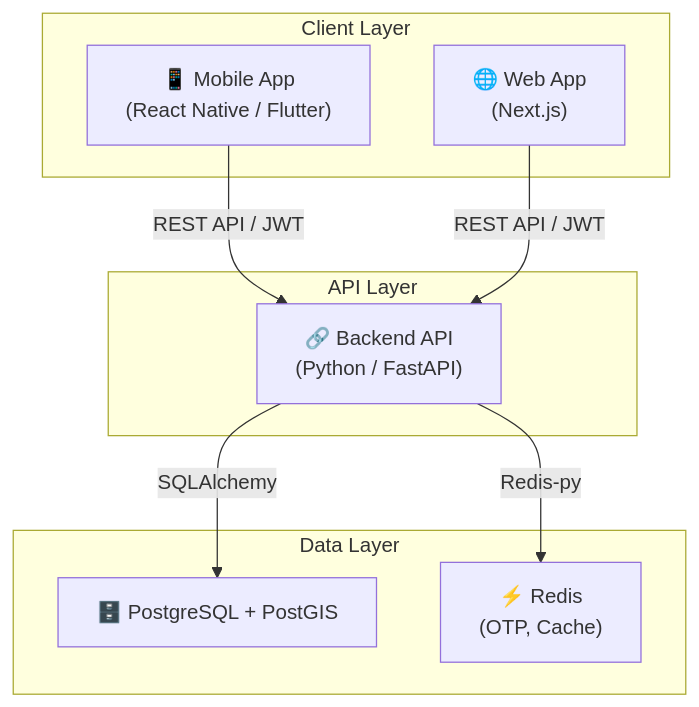
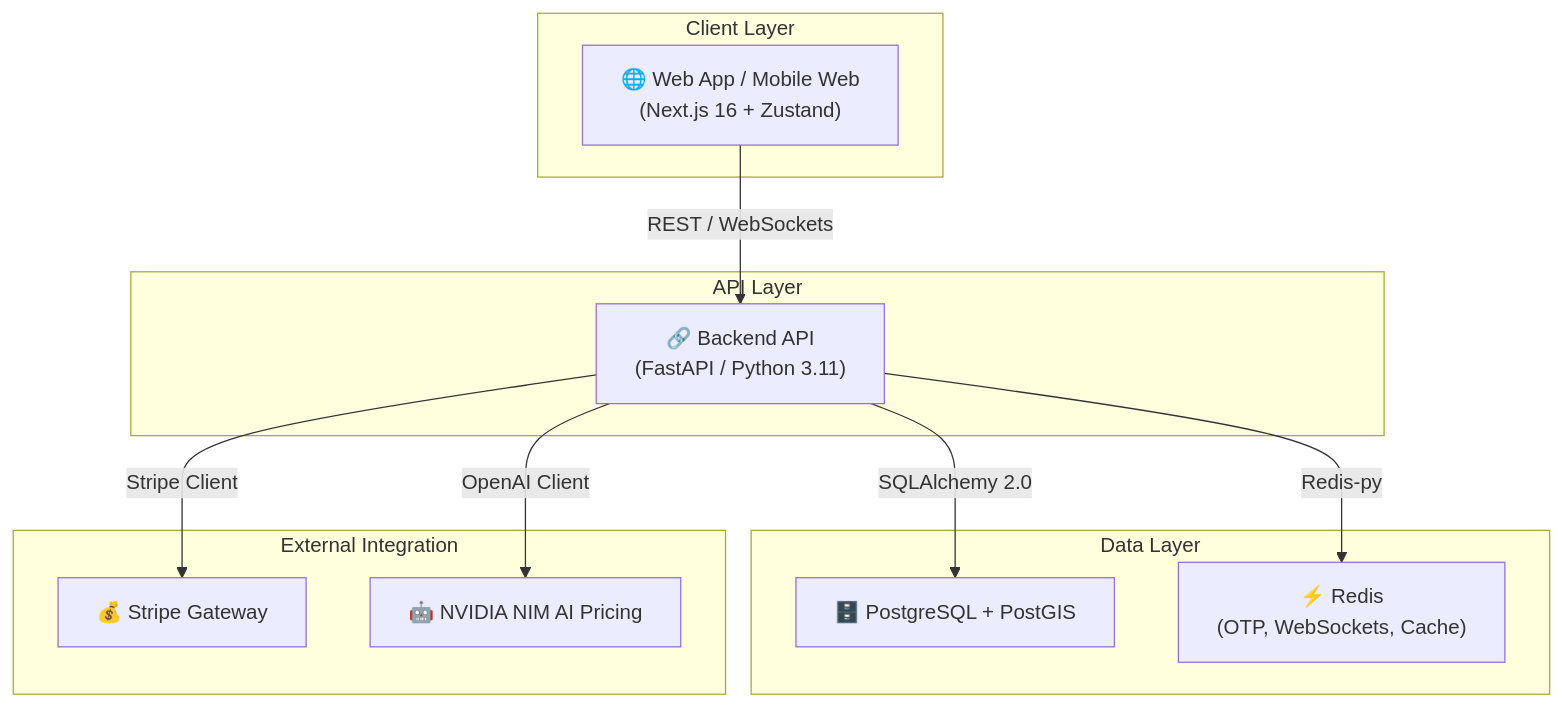
Before and after one commit to JosephIsrafilov/yolustu: the diagram in docs/architecture.md, drawn with Mermaid. The commit also changed other lines of this file and 11 other files, not shown here.

Commit message:
Refactor risks and metrics documentation, enhance architecture overview, and update project plan with completed phases and localization details

````diff
--- a/docs/architecture.md
+++ b/docs/architecture.md
@@ -7,21 +7,26 @@
 ```mermaid
 graph TB
     subgraph "Client Layer"
-        MA["📱 Mobile App<br/>(React Native / Flutter)"]
-        WA["🌐 Web App<br/>(Next.js)"]
+        WA["🌐 Web App / Mobile Web<br/>(Next.js 16 + Zustand)"]
     end
     
     subgraph "API Layer"
-        API["🔗 Backend API<br/>(Python / FastAPI)"]
+        API["🔗 Backend API<br/>(FastAPI / Python 3.11)"]
     end
     
     subgraph "Data Layer"
         DB["🗄️ PostgreSQL + PostGIS"]
-        RD["⚡ Redis<br/>(OTP, Cache)"]
+        RD["⚡ Redis<br/>(OTP, WebSockets, Cache)"]
+    end
+
+    subgraph "External Integration"
+        Stripe["💰 Stripe Gateway"]
+        NIM["🤖 NVIDIA NIM AI Pricing"]
     end
     
-    MA -->|REST API / JWT| API
-    WA -->|REST API / JWT| API
-    API -->|SQLAlchemy| DB
+    WA -->|REST / WebSockets| API
+    API -->|SQLAlchemy 2.0| DB
     API -->|Redis-py| RD
+    API -->|Stripe Client| Stripe
+    API -->|OpenAI Client| NIM
 ```
````
